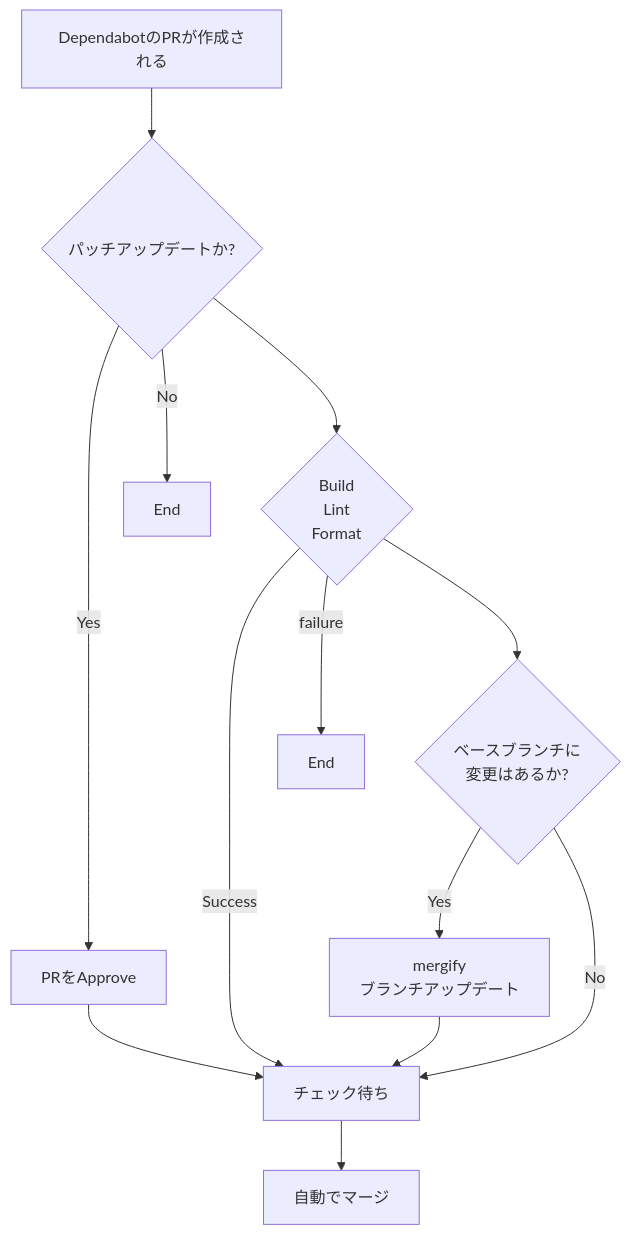
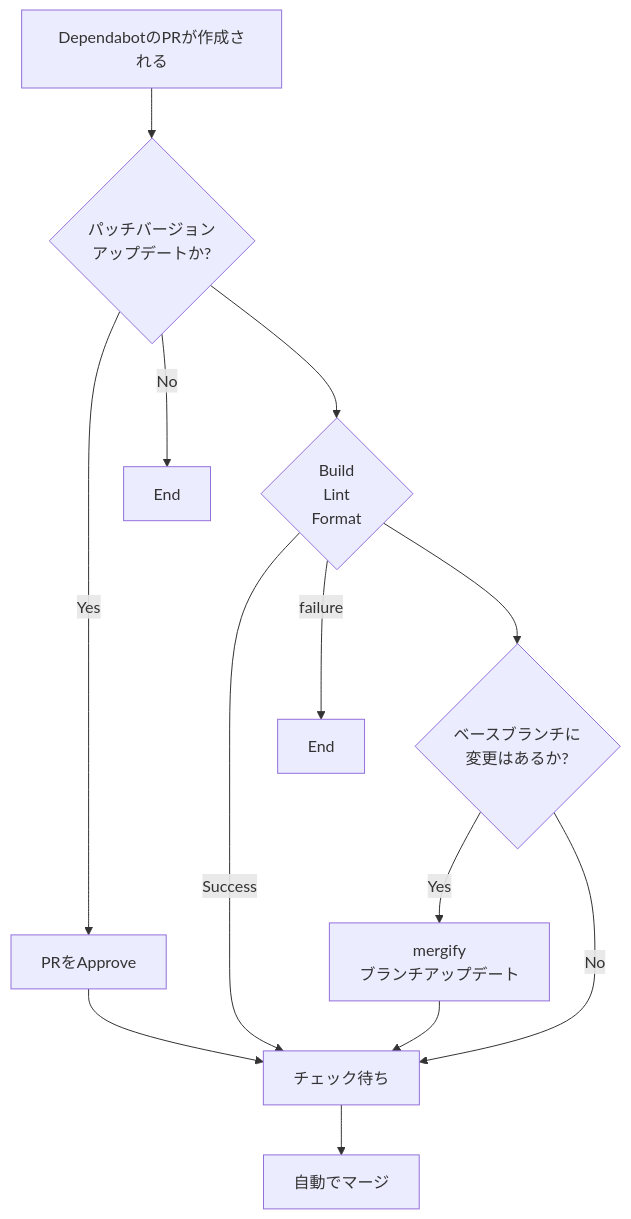
Before and after one commit to idaten-hack/team-generator-react: the diagram in README.md, drawn with Mermaid. The commit also changed other lines of this file, not shown here.

````diff
--- a/README.md
+++ b/README.md
@@ -21,15 +28,15 @@
 ```mermaid
 flowchart TD
-    A[DependabotのPRが作成される] --> B{パッチアップデートか?}
+    A[DependabotのPRが作成される] --> B{パッチバージョン \n アップデートか?}
     B --> |Yes| C[PRをApprove]
     C --> H
     B --> |No| D[End]
     B --> E{Build \n Lint \n Format}
     E --> |Success| H
     E --> |failure| E2[End]
     E --> F{ベースブランチに \n 変更はあるか?}
     F --> |Yes| G[mergify \n ブランチアップデート]
     F --> |No| H
     G --> H[チェック待ち]
     H --> I[自動でマージ]
 ```
````
